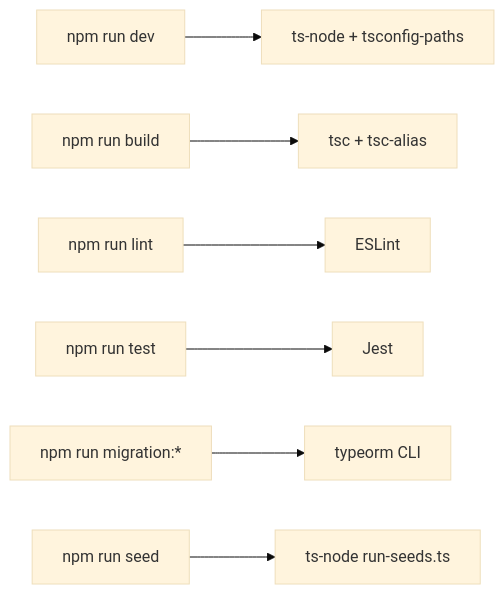
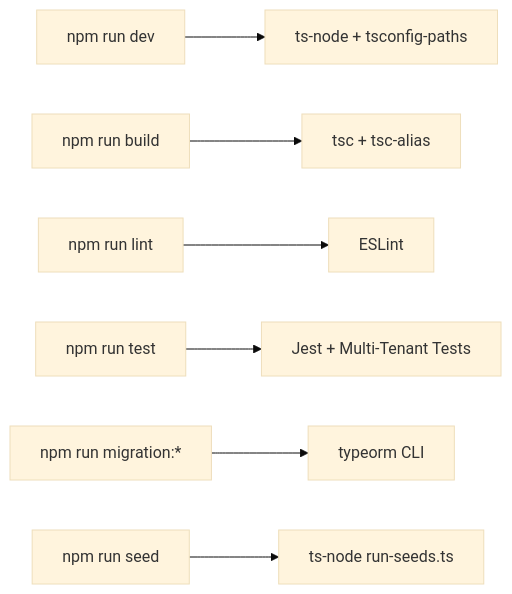
Before and after one commit to franckylab/eLISAschool: the ninth of 15 diagrams in .qoder/repowiki/en/content/Development & Testing Guide/Development & Testing Guide.md, drawn with Mermaid (base theme). The commit also changed other lines of this file and 281 other files, not shown here.

````diff
--- a/.qoder/repowiki/en/content/Development & Testing Guide/Development & Testing Guide.md
+++ b/.qoder/repowiki/en/content/Development & Testing Guide/Development & Testing Guide.md
@@ -321,9 +380,9 @@
 ```mermaid
 graph LR
 Dev["npm run dev"] --> TSNode["ts-node + tsconfig-paths"]
 Build["npm run build"] --> TSC["tsc + tsc-alias"]
 Lint["npm run lint"] --> ESL["ESLint"]
-Test["npm run test"] --> Jest["Jest"]
+Test["npm run test"] --> Jest["Jest + Multi-Tenant Tests"]
 Migrate["npm run migration:*"] --> TypeORM["typeorm CLI"]
 Seed["npm run seed"] --> TSNodeSeed["ts-node run-seeds.ts"]
 ```
````
